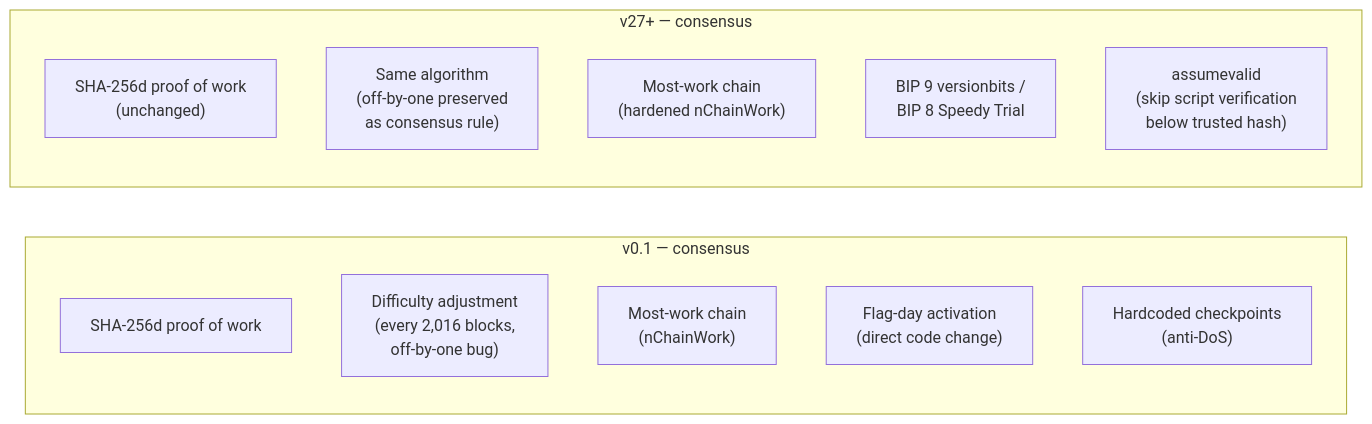
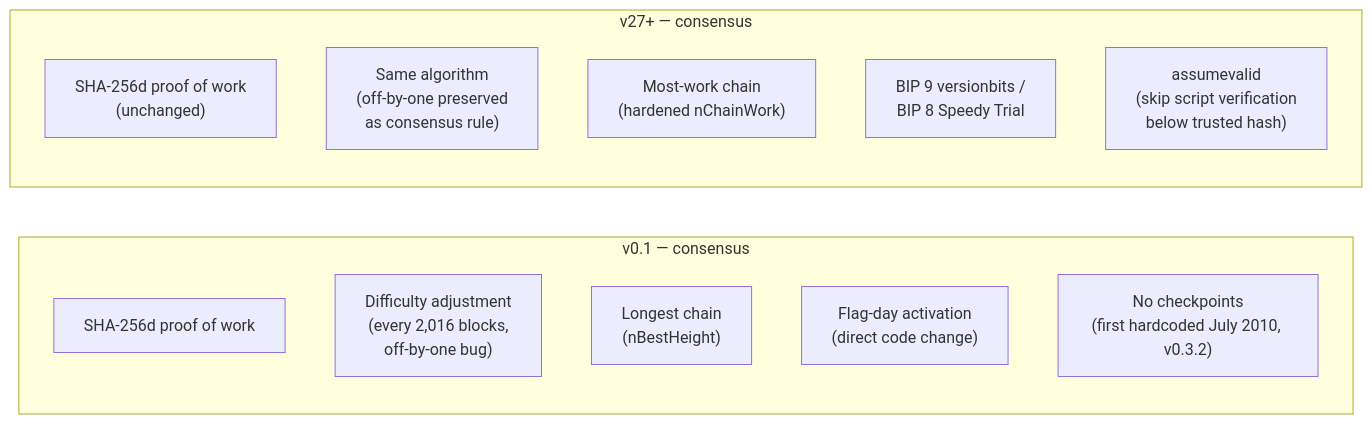
One commit to cypher256/BitcoinArchive changed the fifth of 10 diagrams in src/data/entries/en/design/2009-01-03-bitcoin-architecture-evolution.md. Above: the diagram before and after it, drawn with Mermaid. The commit also changed other lines of this file and 19 other files, not shown here.

````diff
--- a/src/data/entries/en/design/2009-01-03-bitcoin-architecture-evolution.md
+++ b/src/data/entries/en/design/2009-01-03-bitcoin-architecture-evolution.md
@@ -181,20 +181,20 @@
 ```mermaid
 flowchart LR
     subgraph V01_CON["v0.1 — consensus"]
         direction TB
         POW_0["SHA-256d proof of work"]
         DIFF_0["Difficulty adjustment<br/>(every 2,016 blocks,<br/>off-by-one bug)"]
-        CHAIN_0["Most-work chain<br/>(nChainWork)"]
+        CHAIN_0["Longest chain<br/>(nBestHeight)"]
         ACT_0["Flag-day activation<br/>(direct code change)"]
-        CHECK_0["Hardcoded checkpoints<br/>(anti-DoS)"]
+        CHECK_0["No checkpoints<br/>(first hardcoded July 2010, v0.3.2)"]
     end
 
     subgraph V27_CON["v27+ — consensus"]
         direction TB
         POW_N["SHA-256d proof of work<br/>(unchanged)"]
         DIFF_N["Same algorithm<br/>(off-by-one preserved<br/>as consensus rule)"]
         CHAIN_N["Most-work chain<br/>(hardened nChainWork)"]
         ACT_N["BIP 9 versionbits /<br/>BIP 8 Speedy Trial"]
         ASSUME["assumevalid<br/>(skip script verification<br/>below trusted hash)"]
     end
 ```
````
